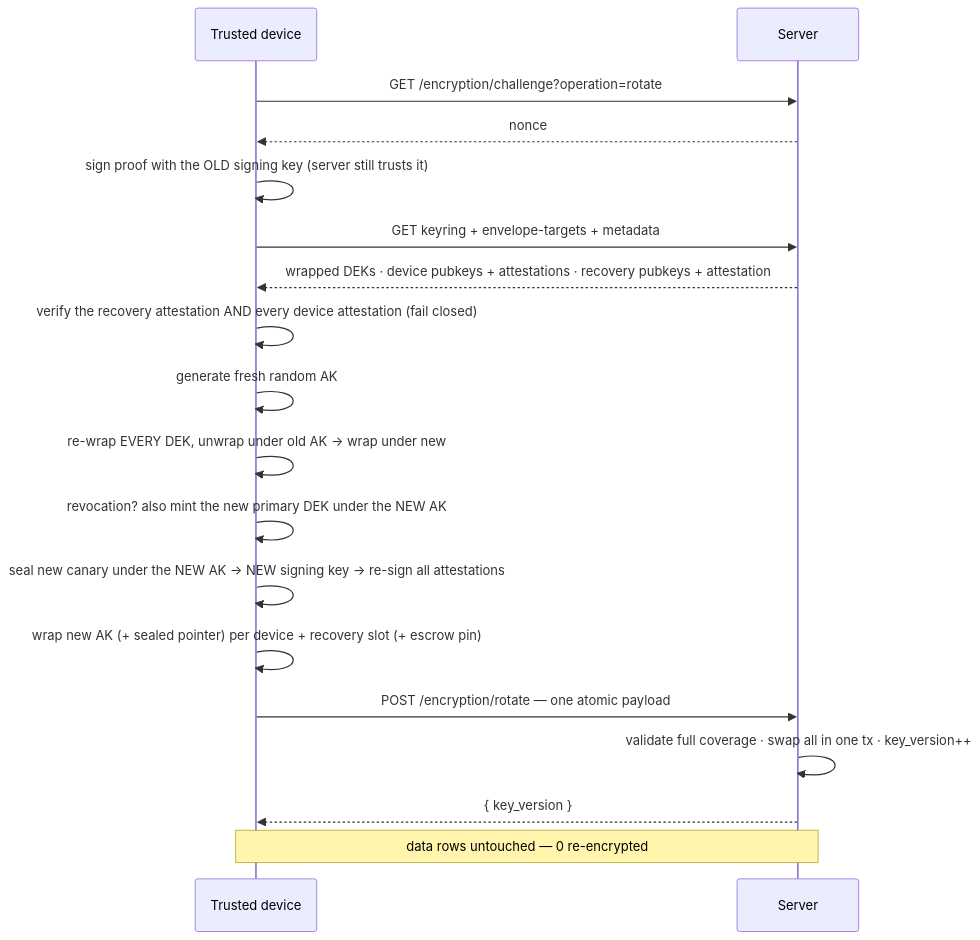
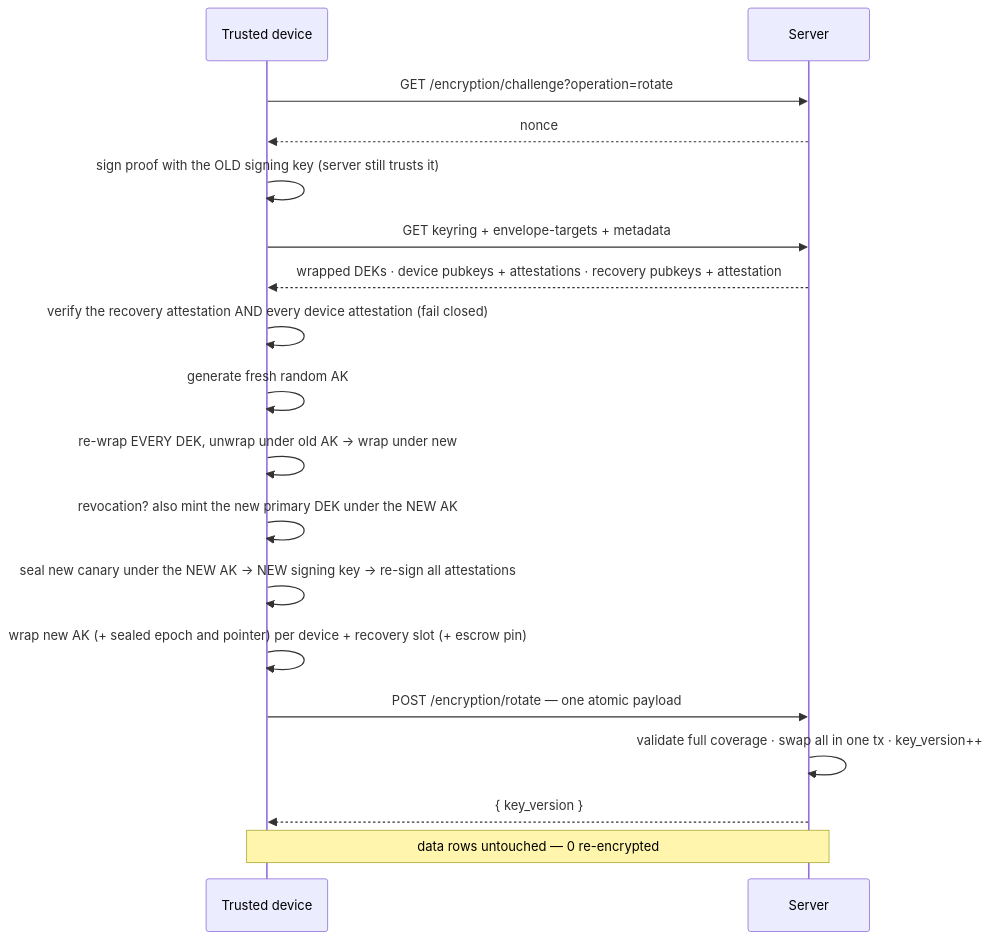
Before and after one commit to thunderbird/thunderbolt: the fourth of 9 diagrams in docs/internals/architecture/e2e-encryption.md, drawn with Mermaid. The commit also changed other lines of this file and 23 other files, not shown here.

````diff
--- a/docs/internals/architecture/e2e-encryption.md
+++ b/docs/internals/architecture/e2e-encryption.md
@@ -330,20 +340,20 @@
 ```mermaid
 sequenceDiagram
     participant T as Trusted device
     participant S as Server
     T->>S: GET /encryption/challenge?operation=rotate
     S-->>T: nonce
     T->>T: sign proof with the OLD signing key (server still trusts it)
     T->>S: GET keyring + envelope-targets + metadata
     S-->>T: wrapped DEKs · device pubkeys + attestations · recovery pubkeys + attestation
     T->>T: verify the recovery attestation AND every device attestation (fail closed)
     T->>T: generate fresh random AK
     T->>T: re-wrap EVERY DEK, unwrap under old AK → wrap under new
     T->>T: revocation? also mint the new primary DEK under the NEW AK
     T->>T: seal new canary under the NEW AK → NEW signing key → re-sign all attestations
-    T->>T: wrap new AK (+ sealed pointer) per device + recovery slot (+ escrow pin)
+    T->>T: wrap new AK (+ sealed epoch and pointer) per device + recovery slot (+ escrow pin)
     T->>S: POST /encryption/rotate — one atomic payload
     S->>S: validate full coverage · swap all in one tx · key_version++
     S-->>T: { key_version }
     Note over T,S: data rows untouched — 0 re-encrypted
 ```
````
